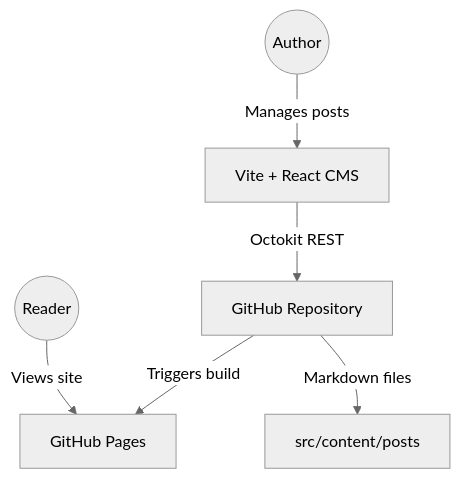
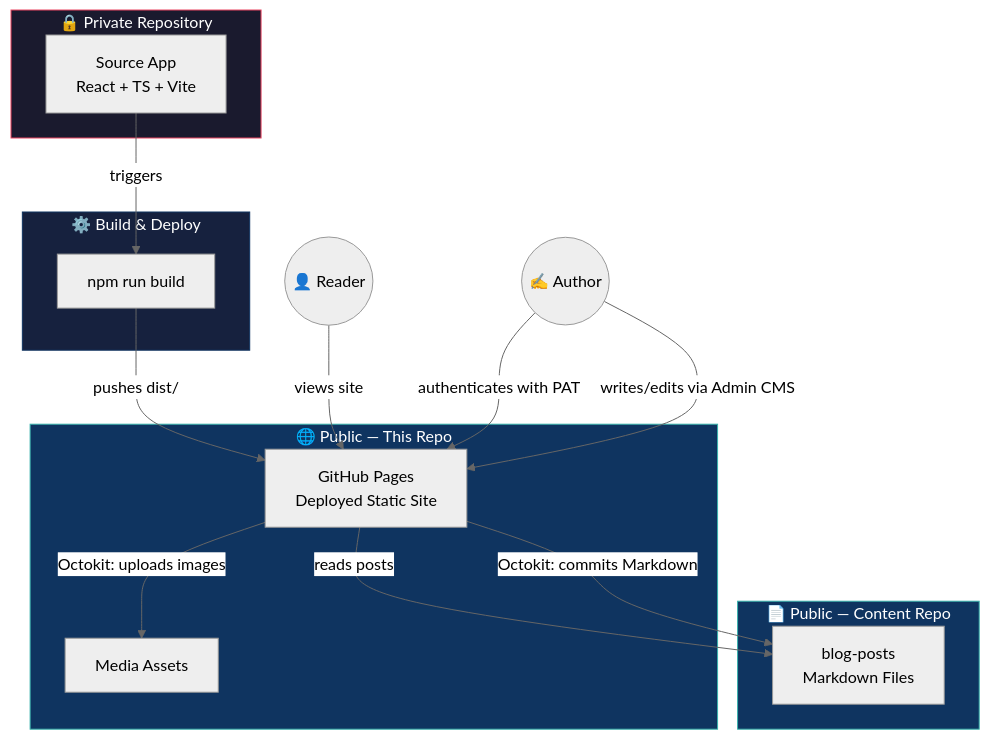
Before and after one commit to Mzaq1559/My-Learning-Diary: the diagram in README.md, drawn with Mermaid (neutral theme). The commit also changed other lines of this file, not shown here.

````diff
--- a/README.md
+++ b/README.md
@@ -52,15 +38,38 @@
 ```mermaid
 graph TD
-    Reader((Reader))
-    Author((Author))
-    Pages["GitHub Pages"]
-    App["Vite + React CMS"]
-    Repo["GitHub Repository"]
-    Content["src/content/posts"]
+    Reader((👤 Reader))
+    Author((✍️ Author))
 
-    Reader -->|"Views site"| Pages
-    Author -->|"Manages posts"| App
-    App -->|"Octokit REST"| Repo
-    Repo -->|"Markdown files"| Content
-    Repo -->|"Triggers build"| Pages
+    subgraph Private["🔒 Private Repository"]
+        SiteRepo["Source App<br/>React + TS + Vite"]
+    end
+
+    subgraph Build["⚙️ Build & Deploy"]
+        CI["npm run build"]
+    end
+
+    subgraph PublicDist["🌐 Public — This Repo"]
+        Pages["GitHub Pages<br/>Deployed Static Site"]
+        Media["Media Assets"]
+    end
+
+    subgraph PublicContent["📄 Public — Content Repo"]
+        PostsRepo["blog-posts<br/>Markdown Files"]
+    end
+
+    SiteRepo -->|"triggers"| CI
+    CI -->|"pushes dist/"| Pages
+
+    Reader -->|"views site"| Pages
+    Pages -->|"reads posts"| PostsRepo
+
+    Author -->|"authenticates with PAT"| Pages
+    Author -->|"writes/edits via Admin CMS"| Pages
+    Pages -->|"Octokit: commits Markdown"| PostsRepo
+    Pages -->|"Octokit: uploads images"| Media
+
+    style Private fill:#1a1a2e,stroke:#e94560,color:#fff
+    style Build fill:#16213e,stroke:#0f3460,color:#fff
+    style PublicDist fill:#0f3460,stroke:#38B2AC,color:#fff
+    style PublicContent fill:#0f3460,stroke:#38B2AC,color:#fff
 ```
````
